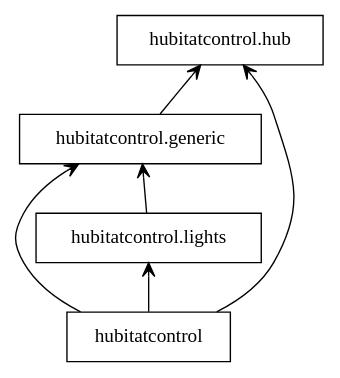
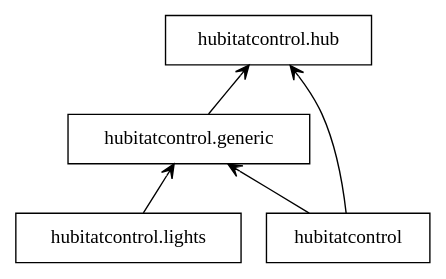
The diagram in docs/packages.dot (Jelloeater/hubitatcontrol), drawn with Graphviz before and after one commit. The commit also changed 4 other files, not shown here.

```diff
--- a/docs/packages.dot
+++ b/docs/packages.dot
@@ -1,13 +1,12 @@
 digraph "packages" {
 rankdir=BT
 charset="utf-8"
 "hubitatcontrol" [color="black", label=<hubitatcontrol>, shape="box", style="solid"];
 "hubitatcontrol.generic" [color="black", label=<hubitatcontrol.generic>, shape="box", style="solid"];
 "hubitatcontrol.hub" [color="black", label=<hubitatcontrol.hub>, shape="box", style="solid"];
 "hubitatcontrol.lights" [color="black", label=<hubitatcontrol.lights>, shape="box", style="solid"];
 "hubitatcontrol" -> "hubitatcontrol.generic" [arrowhead="open", arrowtail="none"];
 "hubitatcontrol" -> "hubitatcontrol.hub" [arrowhead="open", arrowtail="none"];
-"hubitatcontrol" -> "hubitatcontrol.lights" [arrowhead="open", arrowtail="none"];
 "hubitatcontrol.generic" -> "hubitatcontrol.hub" [arrowhead="open", arrowtail="none"];
 "hubitatcontrol.lights" -> "hubitatcontrol.generic" [arrowhead="open", arrowtail="none"];
 }
```
